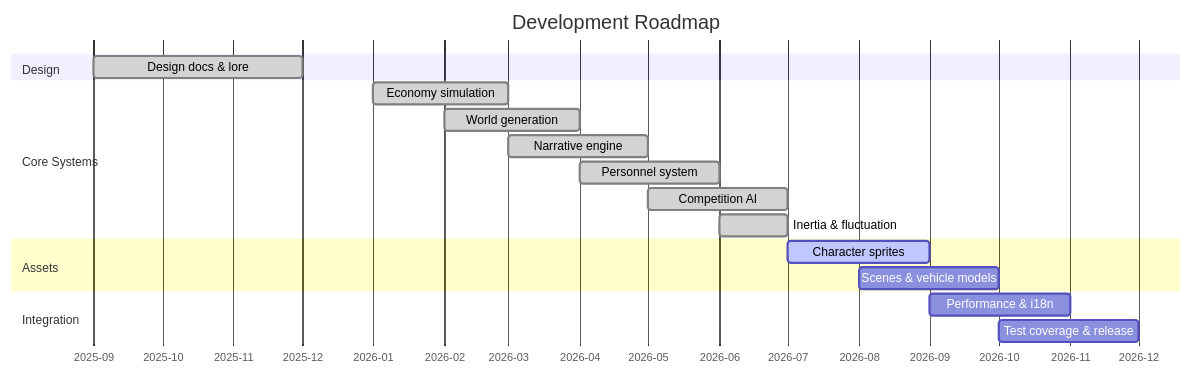
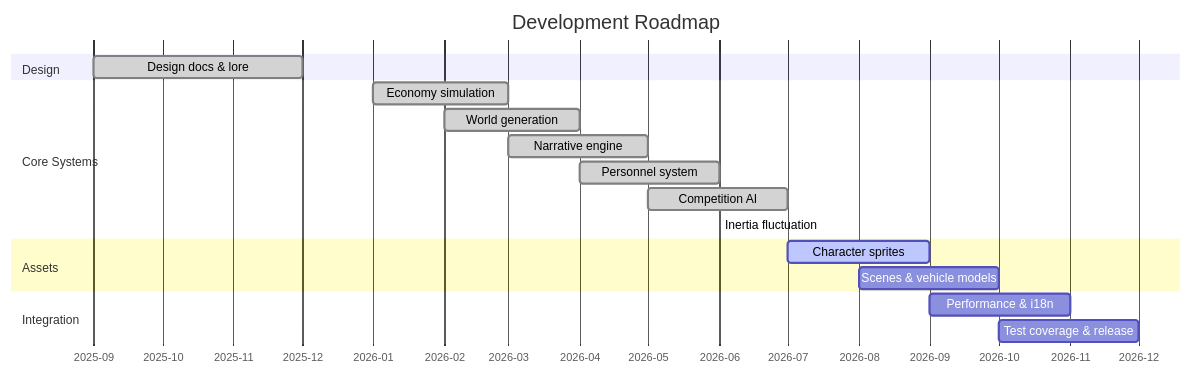
One commit to NMDX0721/RailwayRenaissance changed the seventh of 8 diagrams in README.md. Above: the diagram before and after it, drawn with Mermaid. The commit also changed 1 other file, not shown here.

Commit message:
docs: fix gantt bar misalignment - use full date format YYYY-MM-DD, remove special chars from label

````diff
--- a/README.md
+++ b/README.md
@@ -618,21 +618,21 @@
 ```mermaid
 gantt
     title Development Roadmap
     dateFormat  YYYY-MM
     axisFormat  %Y-%m
     section Design
     Design docs & lore       :done, 2025-09, 2025-12
     section Core Systems
     Economy simulation       :done, 2026-01, 2026-03
     World generation         :done, 2026-02, 2026-04
     Narrative engine         :done, 2026-03, 2026-05
     Personnel system         :done, 2026-04, 2026-06
     Competition AI           :done, 2026-05, 2026-07
-    Inertia & fluctuation    :done, 2026-06, 2026-07
+    Inertia fluctuation     :done, 2026-06-01, 2026-07-01
     section Assets
     Character sprites        :active, 2026-07, 2026-09
     Scenes & vehicle models  :2026-08, 2026-10
     section Integration
     Performance & i18n       :2026-09, 2026-11
     Test coverage & release  :2026-10, 2026-12
 ```
````
